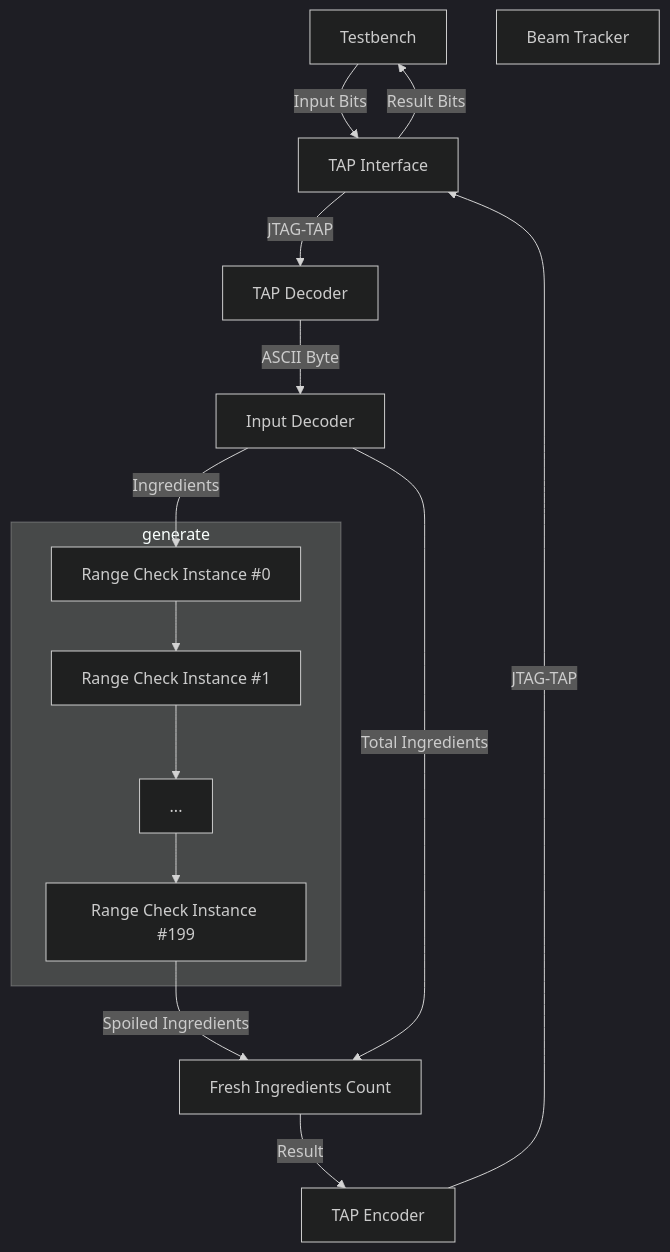
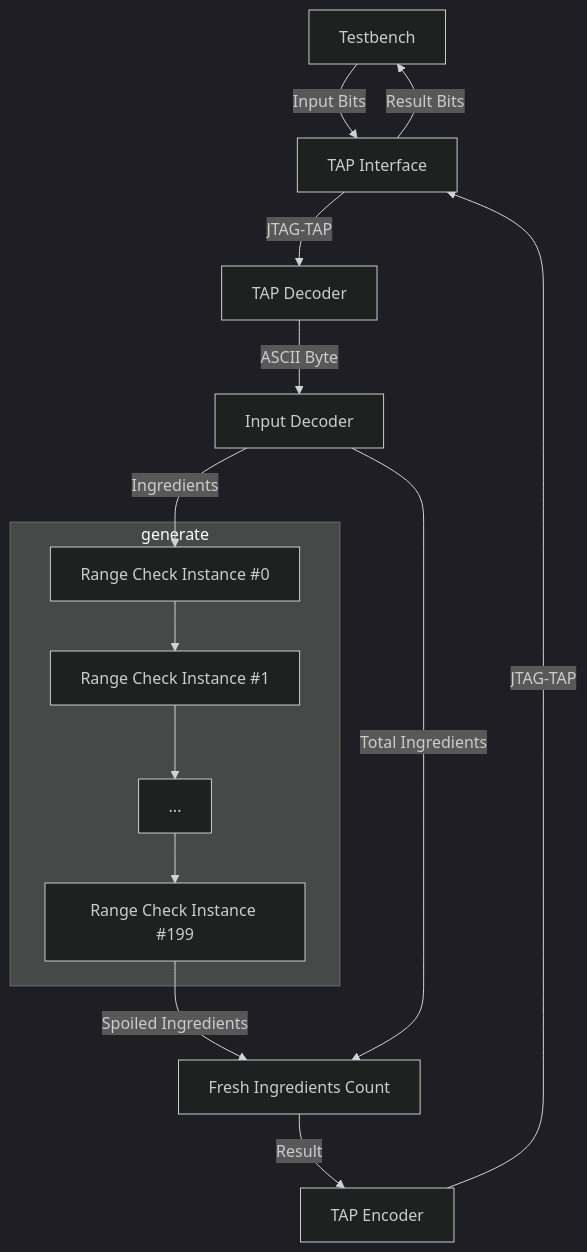
Before and after one commit to MatthieuMichon/aoc-rtl: the diagram in 25/5/README.md, drawn with Mermaid (dark theme).

Commit message:
(day5.1) doc: Fix typo in diagram

````diff
--- a/25/5/README.md
+++ b/25/5/README.md
@@ -43,29 +43,28 @@
 ```mermaid
 flowchart
 tb["Testbench"]
 tap["TAP Interface"]
 tap-dec["TAP Decoder"]
 dec["Input Decoder"]
-beam["Beam Tracker"]
 tap-enc["TAP Encoder"]
 cnt["Fresh Ingredients Count"]
 subgraph generate
     rc0["Range Check Instance #0"]
     rc1["Range Check Instance #1"]
     rc2["..."]
     rc199["Range Check Instance #199"]
 end
 
 tb --Input Bits--> tap
 tap --JTAG-TAP--> tap-dec
 tap-dec --ASCII Byte --> dec
 dec --Ingredients--> rc0
 rc0 --> rc1
 rc1 --> rc2
 rc2 --> rc199
 rc199 --Spoiled Ingredients--> cnt
 dec --Total Ingredients --> cnt
 cnt --Result--> tap-enc
 tap-enc --JTAG-TAP--> tap
 tap --Result Bits--> tb
 ```
````
